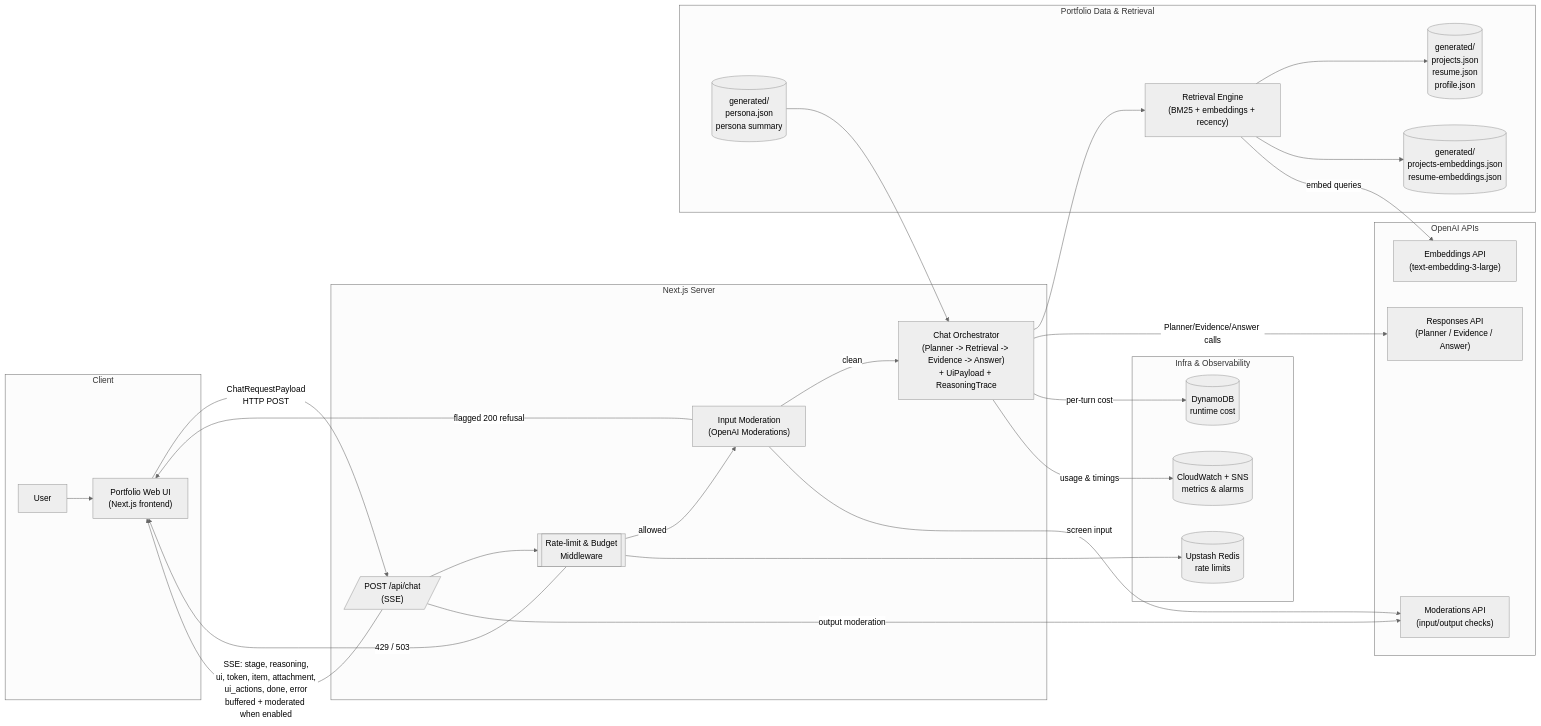
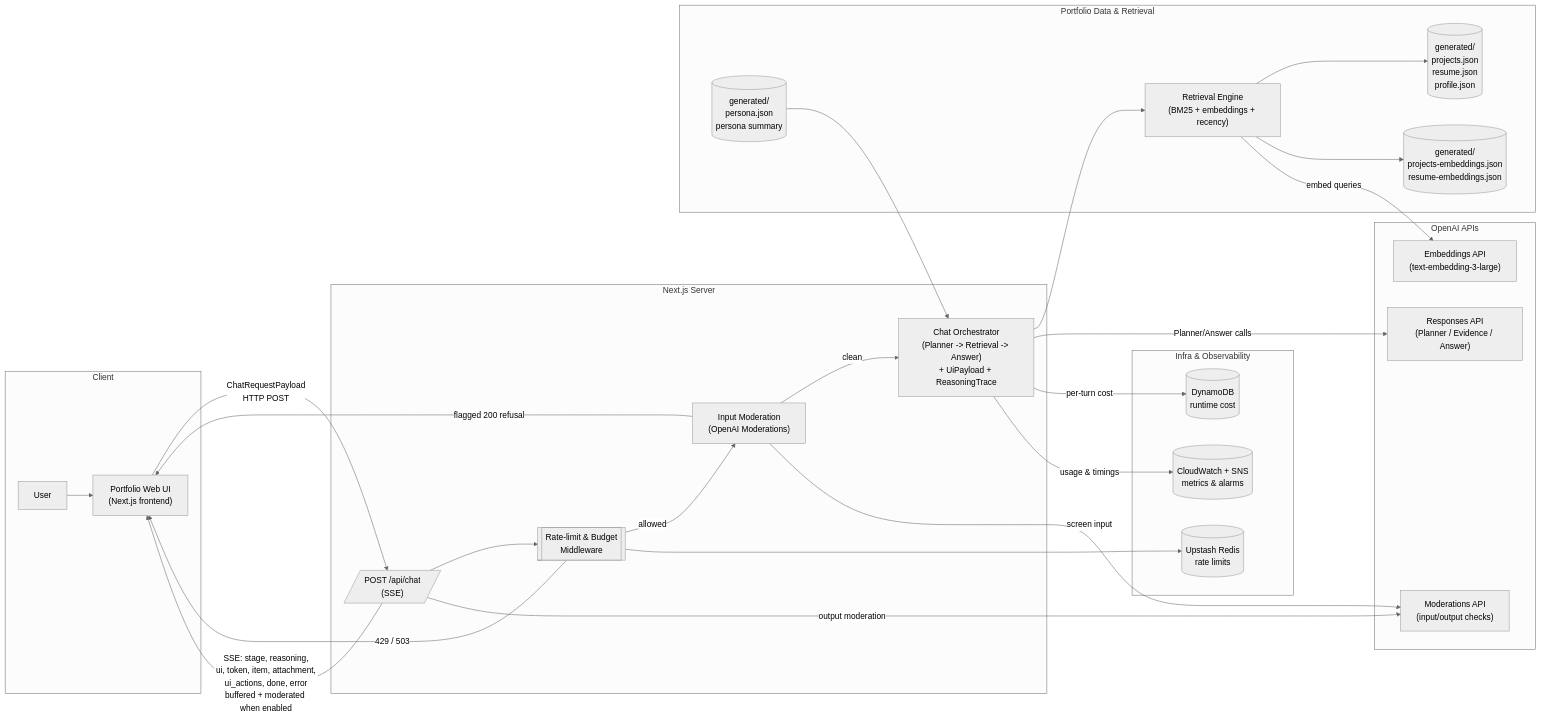
The diagram in generated-diagrams/portfolio-chat-architecture.mmd (Volpestyle/portfolio), drawn with Mermaid (neutral theme) before and after one commit. The commit also changed 7 other files, not shown here.

First line of the commit message:
docs(chat): update diagrams for simplified pipeline

```diff
--- a/generated-diagrams/portfolio-chat-architecture.mmd
+++ b/generated-diagrams/portfolio-chat-architecture.mmd
@@ -1,66 +1,66 @@
 %% Figure 2.0 -- High-Level Runtime Architecture
 %% Output: portfolio-chat-architecture.png
 flowchart LR
   %% === Client ===
   subgraph CLIENT["Client"]
     U[User]
     UI["Portfolio Web UI\n(Next.js frontend)"]
     U --> UI
   end
 
   %% === Next.js Server / API ===
   subgraph SERVER["Next.js Server"]
     API[/"POST /api/chat\n(SSE)"/]
     MIDDLEWARE[["Rate-limit & Budget\nMiddleware"]]
     MOD_IN["Input Moderation\n(OpenAI Moderations)"]
-    ORCH["Chat Orchestrator\n(Planner -> Retrieval -> Evidence -> Answer)\n+ UiPayload + ReasoningTrace"]
+    ORCH["Chat Orchestrator\n(Planner -> Retrieval -> Answer)\n+ UiPayload + ReasoningTrace"]
   end
 
   %% === Data Layer & Retrieval ===
   subgraph DATA["Portfolio Data & Retrieval"]
     CORPORA[(generated/\nprojects.json\nresume.json\nprofile.json)]
     EMBED_IDX[(generated/\nprojects-embeddings.json\nresume-embeddings.json)]
     PERSONA[(generated/\npersona.json\npersona summary)]
     RETRIEVAL["Retrieval Engine\n(BM25 + embeddings + recency)"]
   end
 
   %% === OpenAI APIs ===
   subgraph OPENAI["OpenAI APIs"]
     LLM["Responses API\n(Planner / Evidence / Answer)"]
     EMB["Embeddings API\n(text-embedding-3-large)"]
     MOD_API["Moderations API\n(input/output checks)"]
   end
 
   %% === Infra & Observability ===
   subgraph INFRA["Infra & Observability"]
     REDIS[(Upstash Redis\nrate limits)]
     DDB[(DynamoDB\nruntime cost)]
     CW[(CloudWatch + SNS\nmetrics & alarms)]
   end
 
   %% --- Client <-> Server ---
   UI -->|ChatRequestPayload\nHTTP POST| API
   API --> MIDDLEWARE
   MIDDLEWARE -->|allowed| MOD_IN
   MIDDLEWARE -->|429 / 503| UI
   MOD_IN -->|flagged 200 refusal| UI
   MOD_IN -->|clean| ORCH
 
   %% --- Orchestrator <-> Data & LLMs ---
   ORCH --> RETRIEVAL
   RETRIEVAL --> CORPORA
   RETRIEVAL --> EMBED_IDX
   RETRIEVAL -->|embed queries| EMB
   PERSONA --> ORCH
 
-  ORCH -->|Planner/Evidence/Answer calls| LLM
+  ORCH -->|Planner/Answer calls| LLM
   MOD_IN -->|screen input| MOD_API
   API -->|output moderation| MOD_API
 
   %% --- SSE back to client ---
   API -->|SSE: stage, reasoning,\nui, token, item, attachment,\nui_actions, done, error\nbuffered + moderated when enabled| UI
 
   %% --- Infra wiring ---
   MIDDLEWARE --> REDIS
   ORCH -->|per-turn cost| DDB
   ORCH -->|usage & timings| CW
```
